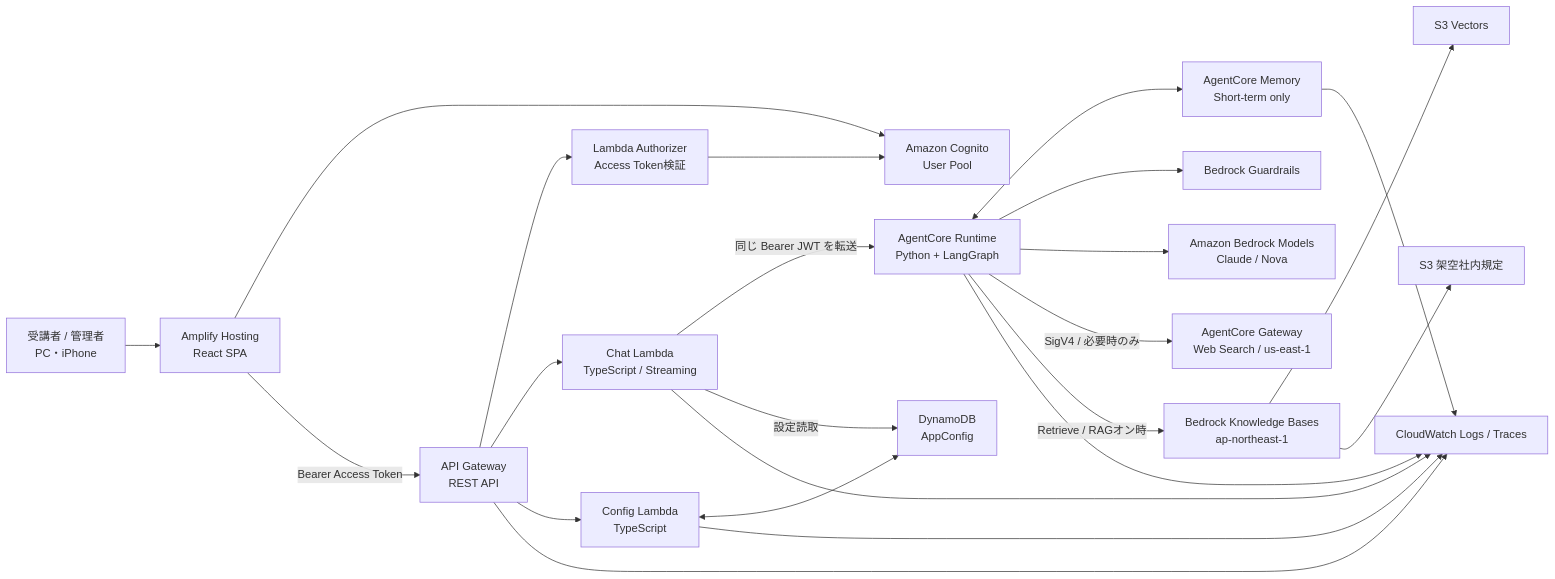
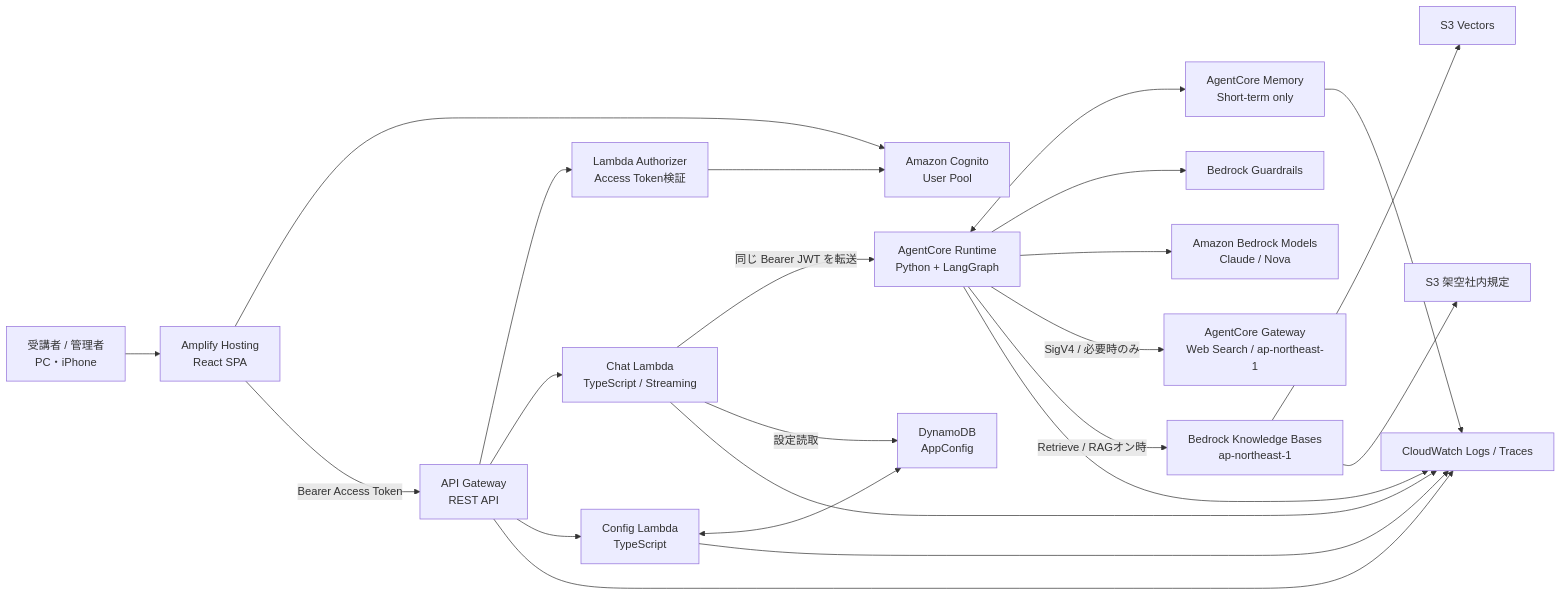
One commit to nia-ai-lab/aws-generative-ai-chat-demo changed the first of 4 diagrams in docs/system-design.md. Above: the diagram before and after it, drawn with Mermaid. The commit also changed other lines of this file and 28 other files, not shown here.

First line of the commit message:
feat: switch to Claude Sonnet 5.5 and run Web Search in Tokyo

````diff
--- a/docs/system-design.md
+++ b/docs/system-design.md
@@ -27,43 +27,43 @@
 ```mermaid
 flowchart LR
     U["受講者 / 管理者<br>PC・iPhone"]
     H["Amplify Hosting<br>React SPA"]
     C["Amazon Cognito<br>User Pool"]
     G["API Gateway<br>REST API"]
     LA["Lambda Authorizer<br>Access Token検証"]
     CH["Chat Lambda<br>TypeScript / Streaming"]
     CF["Config Lambda<br>TypeScript"]
     DB["DynamoDB<br>AppConfig"]
     AR["AgentCore Runtime<br>Python + LangGraph"]
     AM["AgentCore Memory<br>Short-term only"]
     GR["Bedrock Guardrails"]
     FM["Amazon Bedrock Models<br>Claude / Nova"]
     CW["CloudWatch Logs / Traces"]
-    GW["AgentCore Gateway<br>Web Search / us-east-1"]
+    GW["AgentCore Gateway<br>Web Search / ap-northeast-1"]
     KB["Bedrock Knowledge Bases<br>ap-northeast-1"]
     SV["S3 Vectors"]
     DS["S3 架空社内規定"]
 
     U --> H
     H --> C
     H -->|"Bearer Access Token"| G
     G --> LA
     LA --> C
     G --> CH
     G --> CF
     CH -->|"同じ Bearer JWT を転送"| AR
     CF <--> DB
     CH -->|"設定読取"| DB
     AR <--> AM
     AR --> GR
     AR --> FM
     AR -->|"SigV4 / 必要時のみ"| GW
     AR -->|"Retrieve / RAGオン時"| KB
     KB --> SV
     KB --> DS
     G --> CW
     CH --> CW
     CF --> CW
     AR --> CW
     AM --> CW
 ```
````
